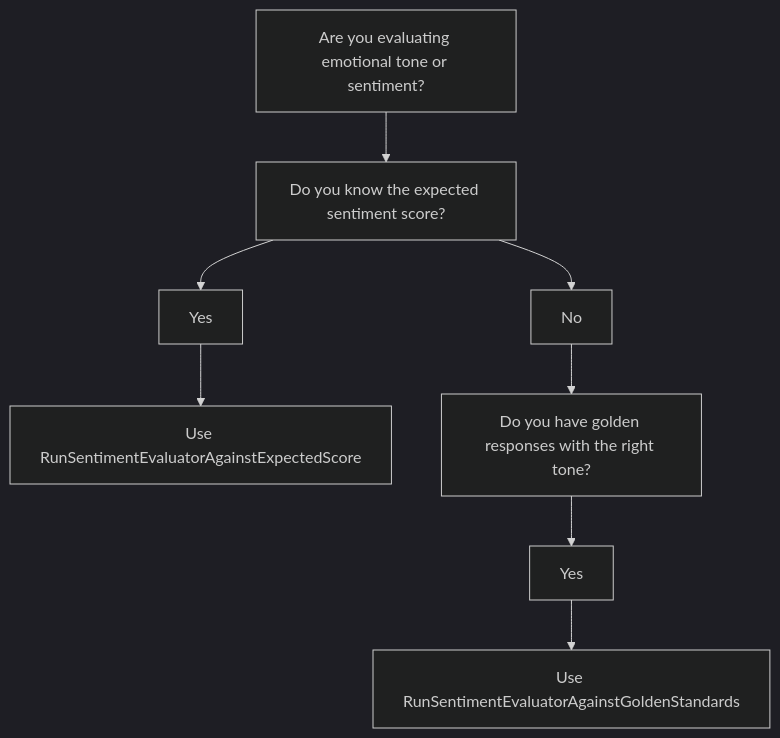
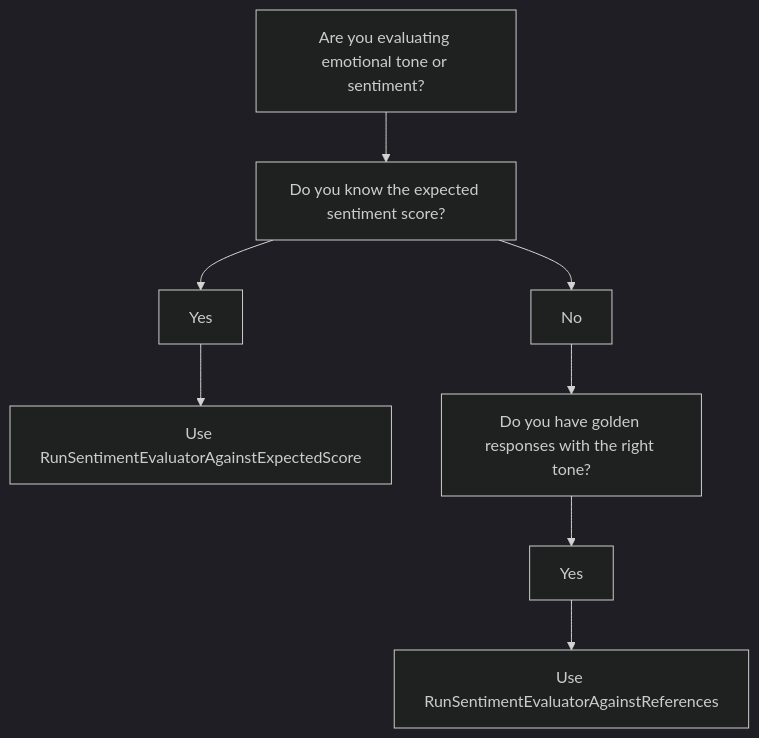
One commit to audaciaconsulting/audacia-llm-evaluation changed the third of 6 diagrams in README.md. Above: the diagram before and after it, drawn with Mermaid (dark theme). The commit also changed other lines of this file and 12 other files, not shown here.

Commit message:
Changed ground_truth and golden_standards to references for standardisation. Updated all references

````diff
--- a/README.md
+++ b/README.md
@@ -248,7 +248,7 @@
 ```mermaid
 graph TD
   A["Are you evaluating emotional tone or sentiment?"] --> B1["Do you know the expected sentiment score?"]
   B1 --> C1["Yes"] --> D1["Use RunSentimentEvaluatorAgainstExpectedScore"]
   B1 --> C2["No"] --> B2["Do you have golden responses with the right tone?"]
-  B2 --> C3["Yes"] --> D2["Use RunSentimentEvaluatorAgainstGoldenStandards"]
+  B2 --> C3["Yes"] --> D2["Use RunSentimentEvaluatorAgainstReferences"]
 ```
````
